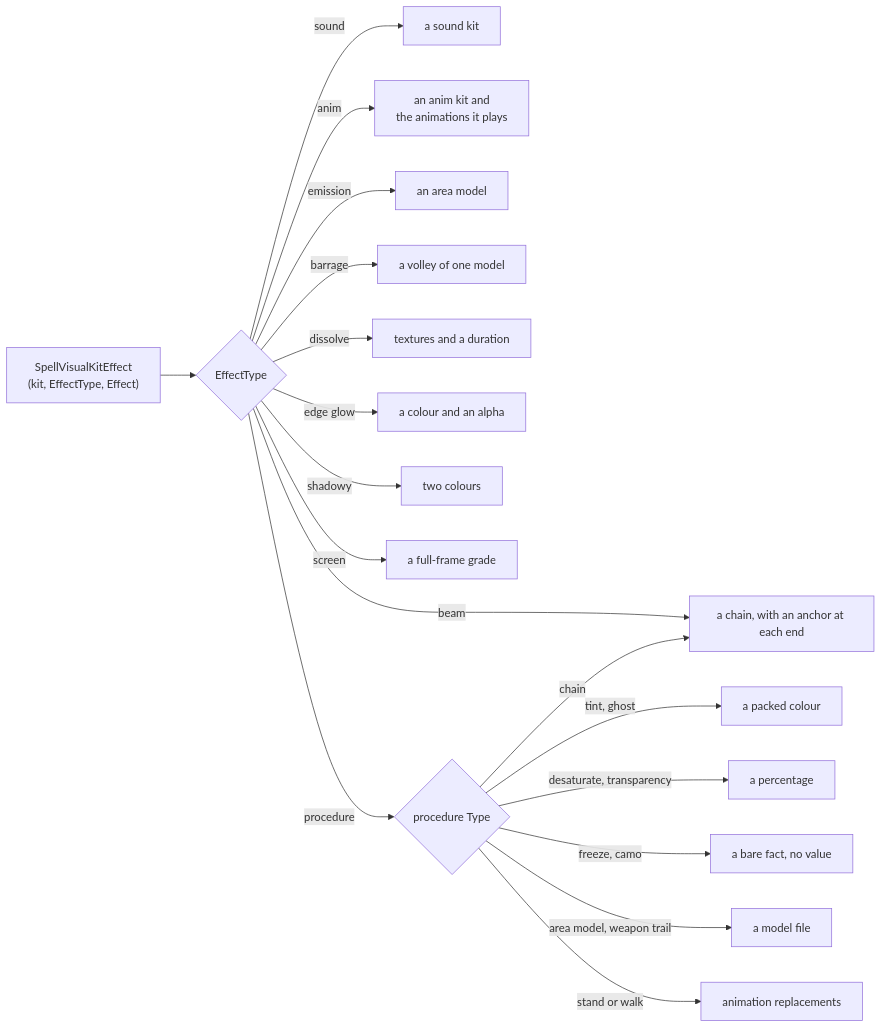
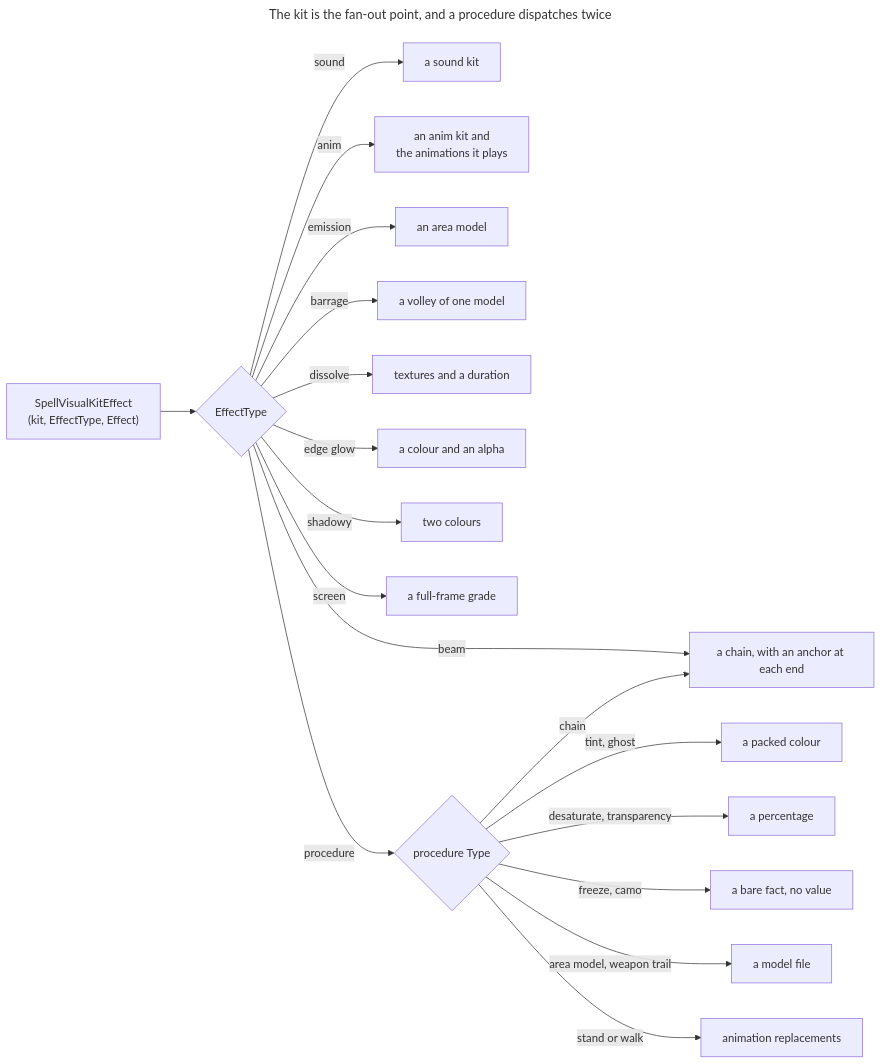
The seventh of 9 diagrams in docs/DATA_ROUTES.md (Natans8/Epsilook), drawn with Mermaid before and after one commit. The commit also changed other lines of this file and 2 other files, not shown here.

````diff
--- a/docs/DATA_ROUTES.md
+++ b/docs/DATA_ROUTES.md
@@ -320,21 +501,31 @@
 ```mermaid
+---
+title: The kit is the fan-out point, and a procedure dispatches twice
+---
 flowchart LR
+    accTitle: The kit effect type dispatch
+    accDescr {
+      A kit effect row carries a type and a value. The type decides which of about ten
+      tables the value is an id in. One of those types is a procedure, whose own type dispatches a
+      second time into thirteen different meanings.
+    }
+
     KE["SpellVisualKitEffect<br/>(kit, EffectType, Effect)"]
     KE --> T{"EffectType"}
     T -->|sound| SND["a sound kit"]
     T -->|anim| ANM["an anim kit and<br/>the animations it plays"]
     T -->|beam| BEAM["a chain, with an anchor at each end"]
     T -->|emission| EMI["an area model"]
     T -->|barrage| BAR["a volley of one model"]
     T -->|dissolve| DIS["textures and a duration"]
     T -->|edge glow| GLO["a colour and an alpha"]
     T -->|shadowy| SHA["two colours"]
     T -->|screen| SCR["a full-frame grade"]
     T -->|procedure| PRC{"procedure Type"}
     PRC -->|chain| BEAM
     PRC -->|tint, ghost| COL["a packed colour"]
     PRC -->|desaturate, transparency| PCT["a percentage"]
     PRC -->|freeze, camo| BARE["a bare fact, no value"]
     PRC -->|area model, weapon trail| MOD["a model file"]
     PRC -->|stand or walk| SWAP["animation replacements"]
 ```
````
